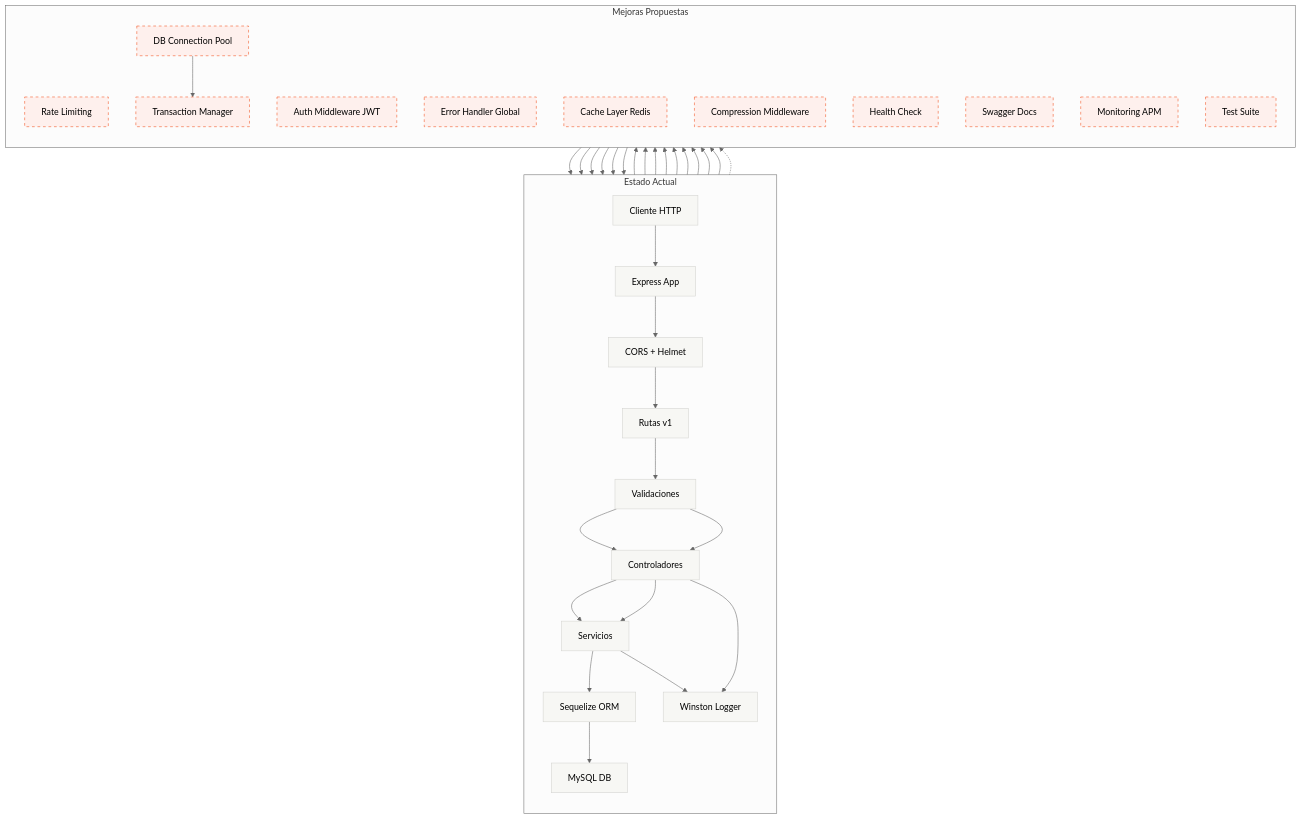
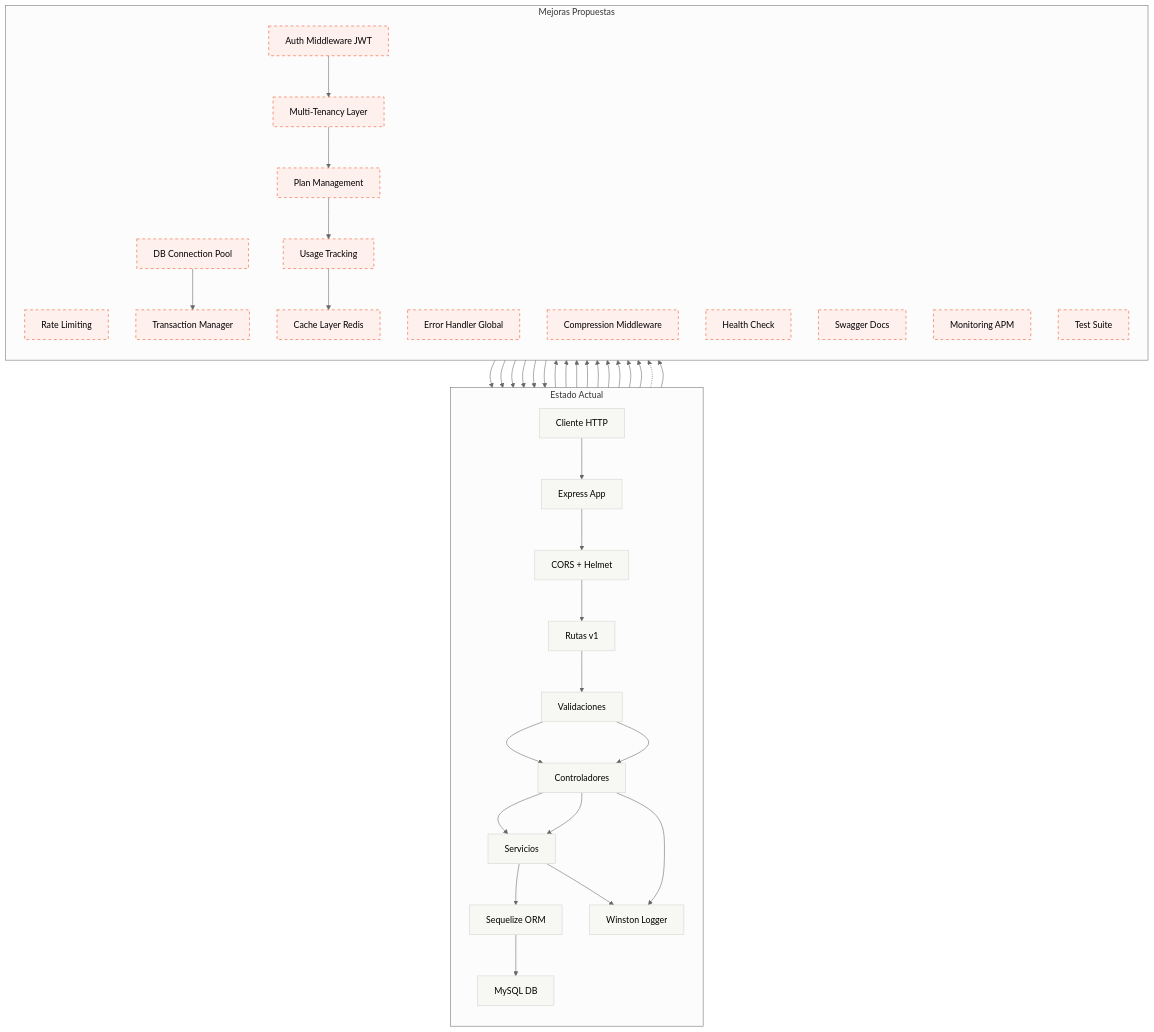
The second of 2 diagrams in back/docs/ROADMAP.md (Frangia22/CarService), drawn with Mermaid (neutral theme) before and after one commit. The commit also changed other lines of this file, not shown here.

Commit message:
docs: :memo: Enhance ROADMAP.md with multi-tenancy and subscription plan strategies for improved scalability and monetization

```diff
--- a/back/docs/ROADMAP.md
+++ b/back/docs/ROADMAP.md
@@ -115,6 +119,13 @@
         style S fill:#FEF0ED,stroke:#F34F1D,stroke-dasharray:5 5
         style T fill:#FEF0ED,stroke:#F34F1D,stroke-dasharray:5 5
         style U fill:#FEF0ED,stroke:#F34F1D,stroke-dasharray:5 5
+        V[Multi-Tenancy Layer]
+        W[Plan Management]
+        X[Usage Tracking]
+
+        style V fill:#FEF0ED,stroke:#F34F1D,stroke-dasharray:5 5
+        style W fill:#FEF0ED,stroke:#F34F1D,stroke-dasharray:5 5
+        style X fill:#FEF0ED,stroke:#F34F1D,stroke-dasharray:5 5
     end
 
     A --> K
@@ -136,6 +147,11 @@
     D --> S
     I --> T
     G -.-> U
+    L --> V
+    V --> W
+    W --> X
+    G --> X
+    X --> N
 
     style A fill:#F7F7F4,stroke:#D4D4D0
     style B fill:#F7F7F4,stroke:#D4D4D0
```
